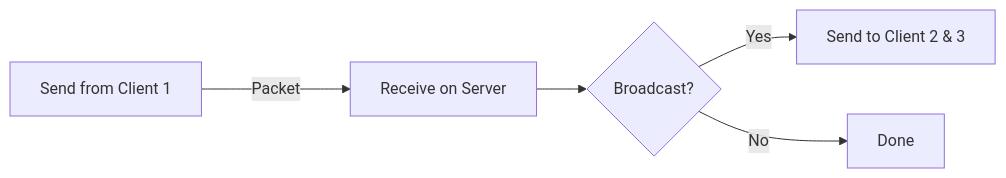
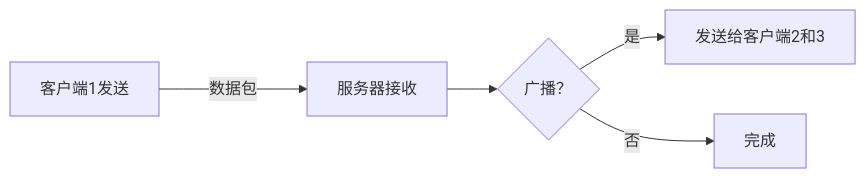
One commit to MiKueYu/gitbook-wiki-CN changed the diagram in Modding-Fika.md. Above: the diagram before and after it, drawn with Mermaid. The commit also changed other lines of this file and 1 other file, not shown here.

````diff
--- a/Modding-Fika.md
+++ b/Modding-Fika.md
@@ -144,8 +144,8 @@
 ```mermaid
 flowchart LR
 
-A[Send from Client 1] --->|Packet| B[Receive on Server]
-B --> C{Broadcast?}
-C -->|Yes| D[Send to Client 2 & 3]
-C -->|No| E[Done]
+A[客户端1发送] --->|数据包| B[服务器接收]
+B --> C{广播？}
+C -->|是| D[发送给客户端2和3]
+C -->|否| E[完成]
 ```
````
